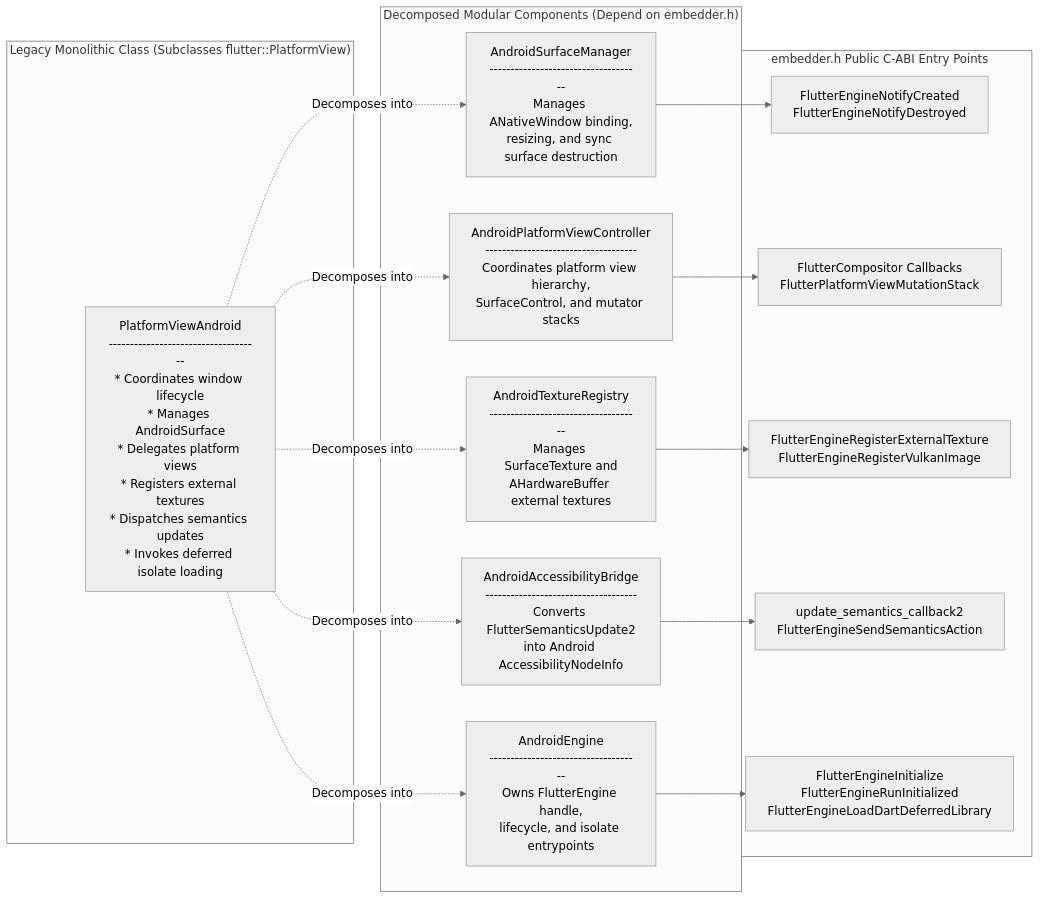
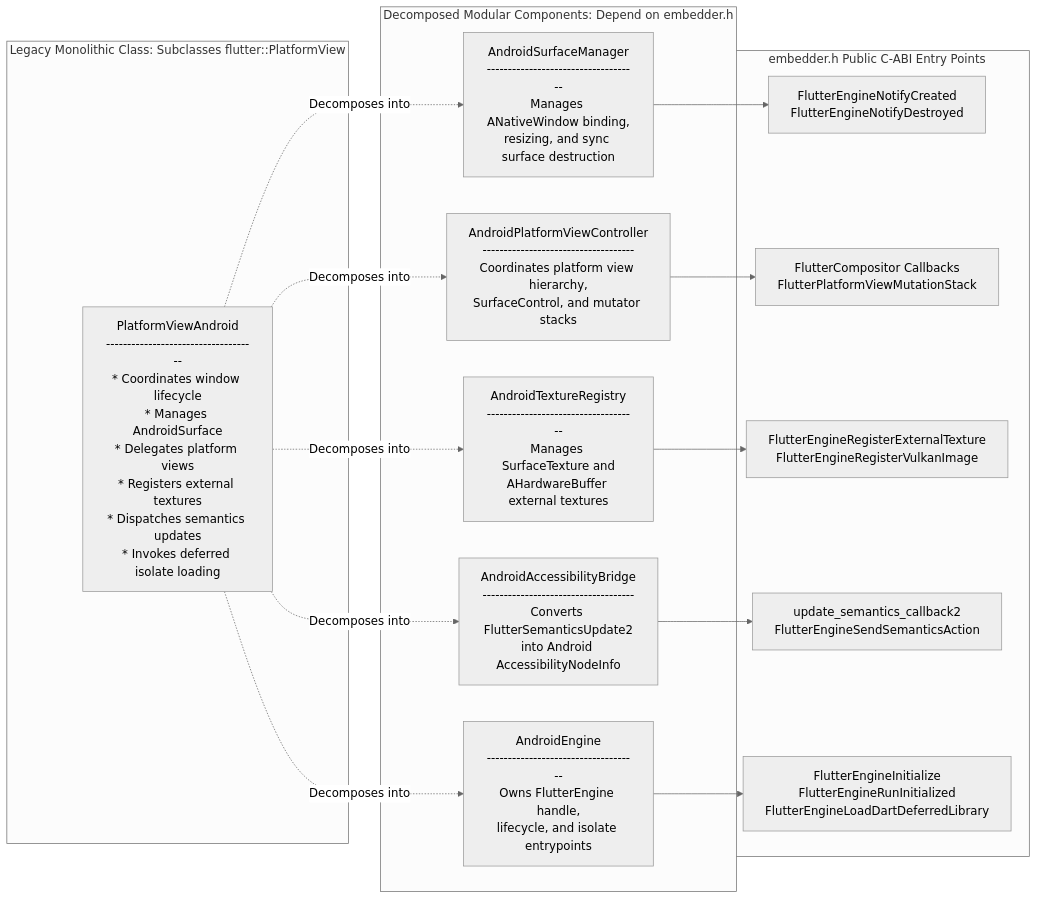
One commit to mboetger/rfc changed the ninth of 12 diagrams in rfc/410.0000-flutter-android-embedder-c-api-migration.md. Above: the diagram before and after it, drawn with Mermaid (neutral theme). The commit also changed other lines of this file, not shown here.

Commit message:
docs(rfc): remove parentheses from mermaid diagrams to ensure robust rendering

````diff
--- a/rfc/410.0000-flutter-android-embedder-c-api-migration.md
+++ b/rfc/410.0000-flutter-android-embedder-c-api-migration.md
@@ -1452,34 +1452,34 @@
 ```mermaid
 flowchart LR
-    subgraph Monolith["Legacy Monolithic Class (Subclasses flutter::PlatformView)"]
+    subgraph Monolith["Legacy Monolithic Class: Subclasses flutter::PlatformView"]
         PVA["PlatformViewAndroid<br/>------------------------------------<br/>* Coordinates window lifecycle<br/>* Manages AndroidSurface<br/>* Delegates platform views<br/>* Registers external textures<br/>* Dispatches semantics updates<br/>* Invokes deferred isolate loading"]
     end
 
-    subgraph ModularCAPI["Decomposed Modular Components (Depend on embedder.h)"]
+    subgraph ModularCAPI["Decomposed Modular Components: Depend on embedder.h"]
         ASM["AndroidSurfaceManager<br/>------------------------------------<br/>Manages ANativeWindow binding,<br/>resizing, and sync surface destruction"]
         APVC["AndroidPlatformViewController<br/>------------------------------------<br/>Coordinates platform view hierarchy,<br/>SurfaceControl, and mutator stacks"]
         ATR["AndroidTextureRegistry<br/>------------------------------------<br/>Manages SurfaceTexture and<br/>AHardwareBuffer external textures"]
         AAB["AndroidAccessibilityBridge<br/>------------------------------------<br/>Converts FlutterSemanticsUpdate2<br/>into Android AccessibilityNodeInfo"]
         AE["AndroidEngine<br/>------------------------------------<br/>Owns FlutterEngine handle,<br/>lifecycle, and isolate entrypoints"]
     end
 
     subgraph PublicCAPI["embedder.h Public C-ABI Entry Points"]
         SurfaceCAPI["FlutterEngineNotifyCreated<br/>FlutterEngineNotifyDestroyed"]
         PVCAPI["FlutterCompositor Callbacks<br/>FlutterPlatformViewMutationStack"]
         TexCAPI["FlutterEngineRegisterExternalTexture<br/>FlutterEngineRegisterVulkanImage"]
         A11yCAPI["update_semantics_callback2<br/>FlutterEngineSendSemanticsAction"]
         EngineCAPI["FlutterEngineInitialize<br/>FlutterEngineRunInitialized<br/>FlutterEngineLoadDartDeferredLibrary"]
     end
 
     PVA -. Decomposes into .-> ASM
     PVA -. Decomposes into .-> APVC
     PVA -. Decomposes into .-> ATR
     PVA -. Decomposes into .-> AAB
     PVA -. Decomposes into .-> AE
 
     ASM --> SurfaceCAPI
     APVC --> PVCAPI
     ATR --> TexCAPI
     AAB --> A11yCAPI
     AE --> EngineCAPI
 ```
````
